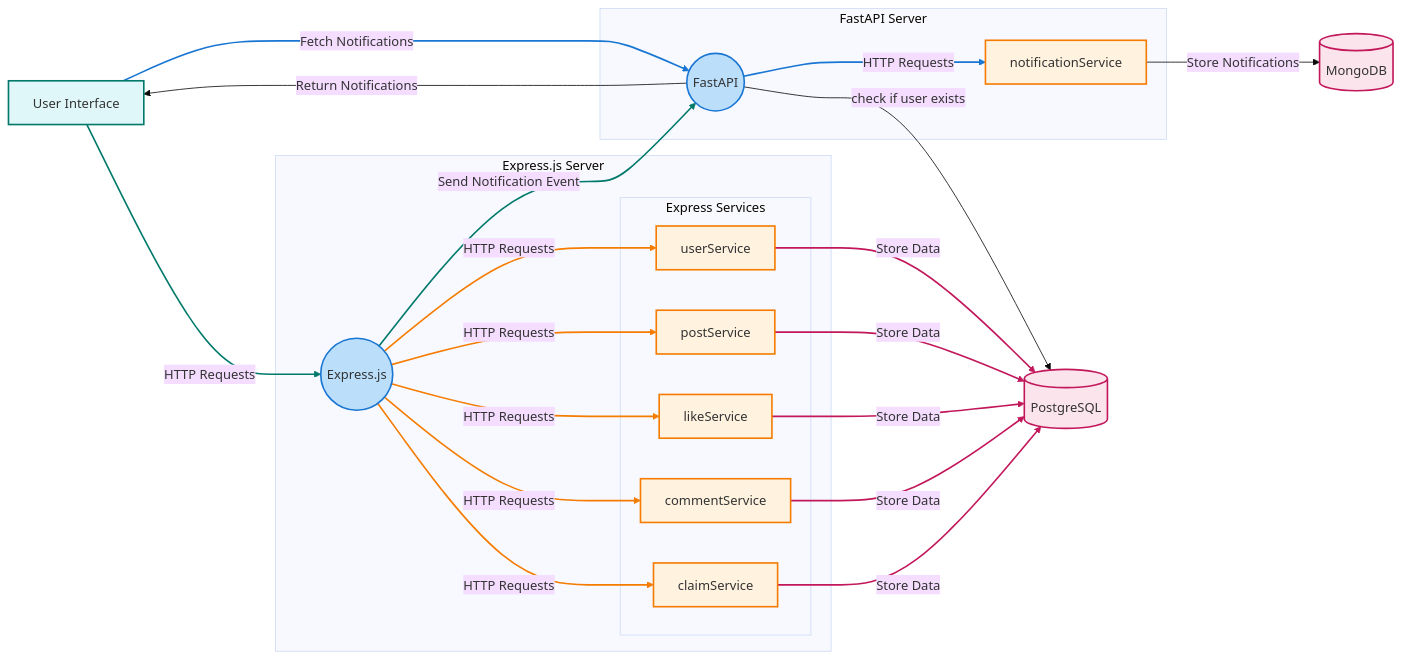
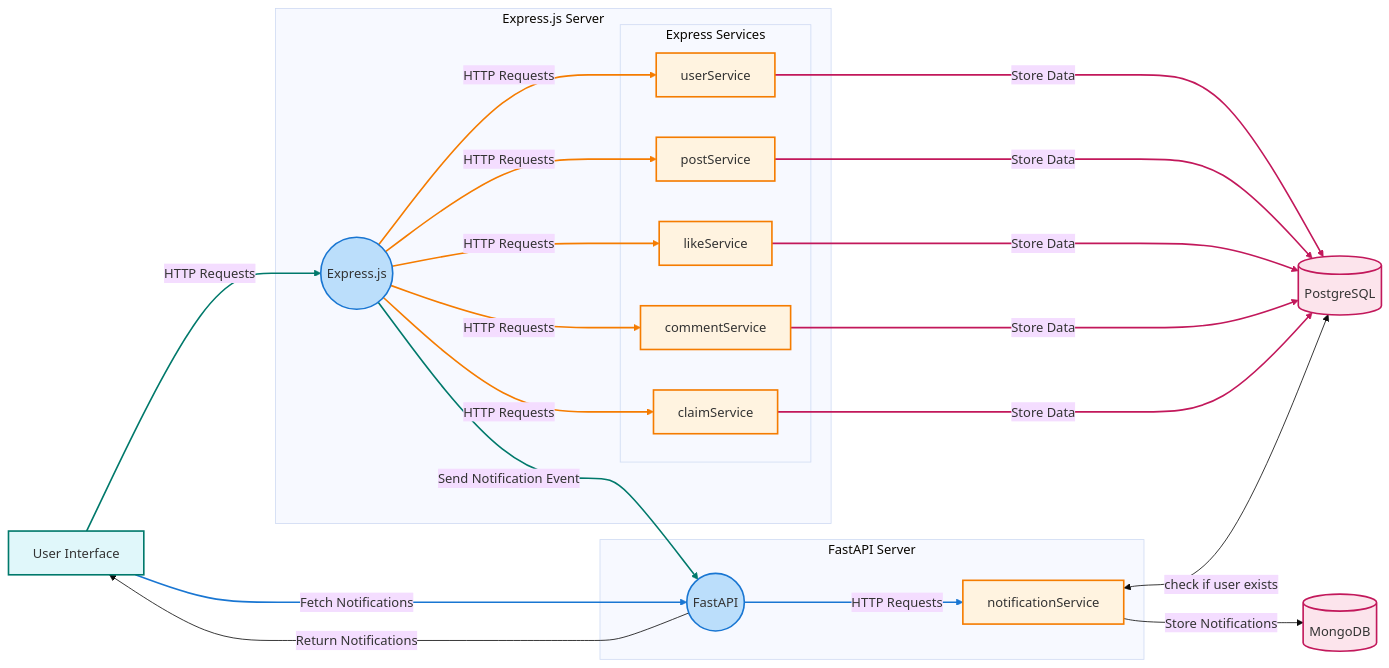
The second of 2 diagrams in README.md (Prasannajaga/food-waste-management), drawn with Mermaid (base theme) before and after one commit.

````diff
--- a/README.md
+++ b/README.md
@@ -108,52 +108,52 @@
 ```mermaid
     graph LR
     %% Define Components
     A[User Interface]:::ui
     subgraph Express.js Server
         B((Express.js)):::server
         subgraph Express Services
             C[userService]:::service
             D[postService]:::service
             E[likeService]:::service
             F[commentService]:::service
             G[claimService]:::service
         end
     end
     subgraph FastAPI Server
         H((FastAPI)):::server
         I[notificationService]:::service
     end
     J[(PostgreSQL)]:::db
     K[(MongoDB)]:::db
 
     %% Connections
     A -->|HTTP Requests| B
     A -->|Fetch Notifications| H
     B -->|HTTP Requests| C
     B -->|HTTP Requests| D
     B -->|HTTP Requests| E
     B -->|HTTP Requests| F
     B -->|HTTP Requests| G
     C -->|Store Data| J
     D -->|Store Data| J
     E -->|Store Data| J
     F -->|Store Data| J
     G -->|Store Data| J
     B -->|Send Notification Event| H
     H -->|HTTP Requests| I
     I -->|Store Notifications| K
     H -->|Return Notifications| A
-    H -->|check if user exists| J
+    I <-->|check if user exists| J  
 
     %% Styling
-    classDef ui fill:#e0f7fa,stroke:#00796b,stroke-width:2px
-    classDef server fill:#bbdefb,stroke:#1976d2,stroke-width:2px
-    classDef service fill:#fff3e0,stroke:#f57c00,stroke-width:2px
-    classDef db fill:#fce4ec,stroke:#c2185b,stroke-width:2px
+    classDef ui fill:#e0f7fa,stroke:#00796b,stroke-width:2px,color:#333333
+    classDef server fill:#bbdefb,stroke:#1976d2,stroke-width:2px,color:#333333
+    classDef service fill:#fff3e0,stroke:#f57c00,stroke-width:2px,color:#333333
+    classDef db fill:#fce4ec,stroke:#c2185b,stroke-width:2px,color:#333333
     linkStyle 0,12 stroke:#00796b,stroke-width:2px
     linkStyle 1,13 stroke:#1976d2,stroke-width:2px
     linkStyle 2,3,4,5,6 stroke:#f57c00,stroke-width:2px
     linkStyle 7,8,9,10,11 stroke:#c2185b,stroke-width:2px
 
 
 ```
````
